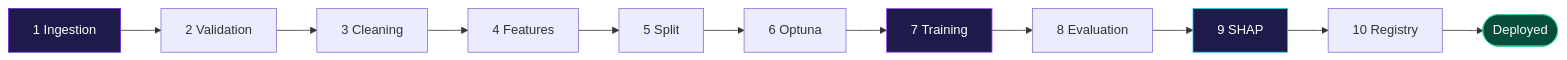
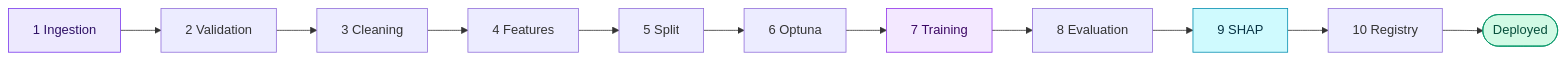
The third of 3 diagrams in README.md (swadhinbiswas/AstroSynth), drawn with Mermaid before and after one commit. The commit also changed other lines of this file and 1 other file, not shown here.

Commit message:
docs: make architecture diagrams legible on both GitHub light and dark themes

````diff
--- a/README.md
+++ b/README.md
@@ -210,11 +210,11 @@
 ```mermaid
 graph LR
     A[1 Ingestion] --> B[2 Validation] --> C[3 Cleaning] --> D[4 Features]
     D --> E[5 Split] --> F[6 Optuna] --> G[7 Training]
     G --> H[8 Evaluation] --> I[9 SHAP] --> J[10 Registry] --> K([Deployed])
 
-    style A fill:#1e1b4b,stroke:#6d28d9,color:#fff
-    style G fill:#1e1b4b,stroke:#a855f7,color:#fff
-    style I fill:#1e1b4b,stroke:#22d3ee,color:#fff
-    style K fill:#064e3b,stroke:#34d399,color:#fff
+    style A fill:#ede9fe,stroke:#7c3aed,color:#2e1065
+    style G fill:#f3e8ff,stroke:#9333ea,color:#3b0764
+    style I fill:#cffafe,stroke:#0891b2,color:#083344
+    style K fill:#d1fae5,stroke:#059669,color:#064e3b
 ```
````
